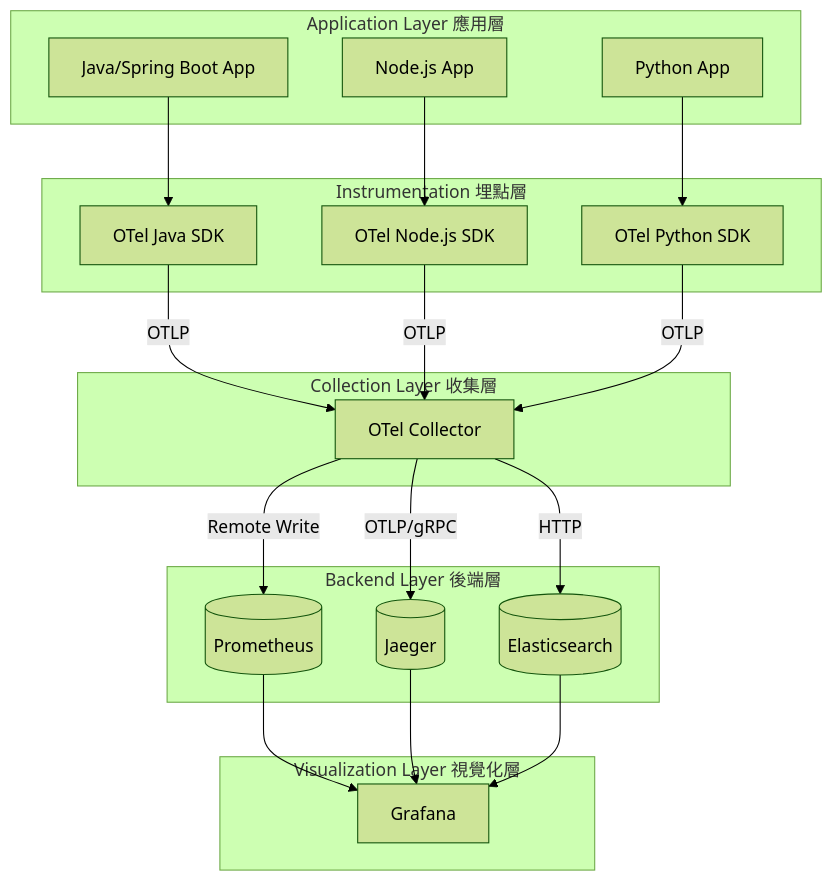
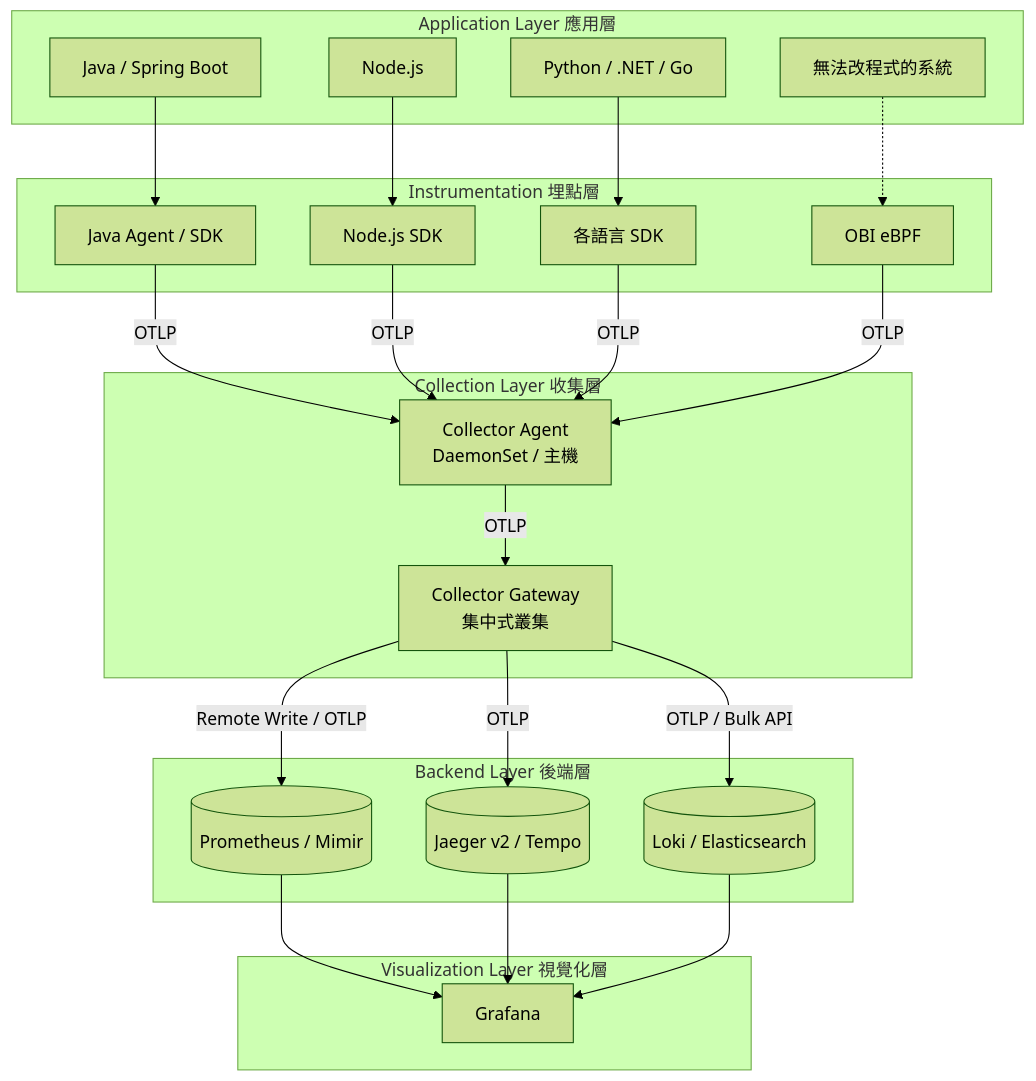
The fourth of 19 diagrams in content/posts/教學/工具/OpenTelemetry教學手冊.md (chihhung/Blog), drawn with Mermaid (forest theme) before and after one commit. The commit also changed other lines of this file and 8 other files, not shown here.

````diff
--- a/content/posts/教學/工具/OpenTelemetry教學手冊.md
+++ b/content/posts/教學/工具/OpenTelemetry教學手冊.md
@@ -237,44 +405,51 @@
 ```mermaid
 flowchart TB
     subgraph "Application Layer 應用層"
-        App1[Java/Spring Boot App]
-        App2[Node.js App]
-        App3[Python App]
+        App1[Java / Spring Boot]
+        App2[Node.js]
+        App3[Python / .NET / Go]
+        Legacy[無法改程式的系統]
     end
-    
+
     subgraph "Instrumentation 埋點層"
-        SDK1[OTel Java SDK]
-        SDK2[OTel Node.js SDK]
-        SDK3[OTel Python SDK]
+        SDK1[Java Agent / SDK]
+        SDK2[Node.js SDK]
+        SDK3[各語言 SDK]
+        EBPF[OBI eBPF]
     end
-    
+
     subgraph "Collection Layer 收集層"
-        Collector[OTel Collector]
+        Agent[Collector Agent<br/>DaemonSet / 主機]
+        Gateway[Collector Gateway<br/>集中式叢集]
     end
-    
+
     subgraph "Backend Layer 後端層"
-        Prometheus[(Prometheus)]
-        Jaeger[(Jaeger)]
-        ES[(Elasticsearch)]
+        Metrics[(Prometheus / Mimir)]
+        Traces[(Jaeger v2 / Tempo)]
+        Logs[(Loki / Elasticsearch)]
     end
-    
+
     subgraph "Visualization Layer 視覺化層"
         Grafana[Grafana]
     end
-    
+
     App1 --> SDK1
     App2 --> SDK2
     App3 --> SDK3
-    
-    SDK1 -->|OTLP| Collector
-    SDK2 -->|OTLP| Collector
-    SDK3 -->|OTLP| Collector
-    
-    Collector -->|Remote Write| Prometheus
-    Collector -->|OTLP/gRPC| Jaeger
-    Collector -->|HTTP| ES
-    
-    Prometheus --> Grafana
-    Jaeger --> Grafana
-    ES --> Grafana
+    Legacy -.-> EBPF
+
+    SDK1 -->|OTLP| Agent
+    SDK2 -->|OTLP| Agent
+    SDK3 -->|OTLP| Agent
+    EBPF -->|OTLP| Agent
+
+    Agent -->|OTLP| Gateway
+
+    Gateway -->|Remote Write / OTLP| Metrics
+    Gateway -->|OTLP| Traces
+    Gateway -->|OTLP / Bulk API| Logs
+
+    Metrics --> Grafana
+    Traces --> Grafana
+    Logs --> Grafana
 ```
````
